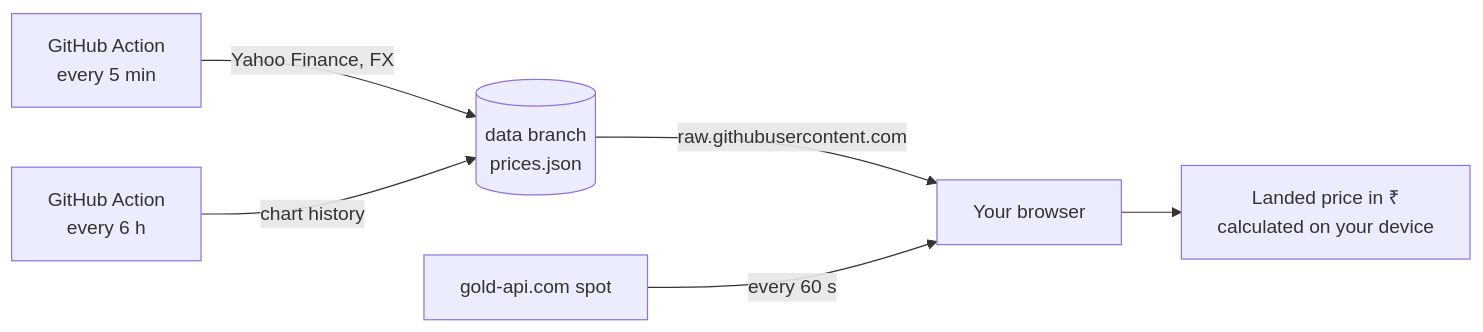
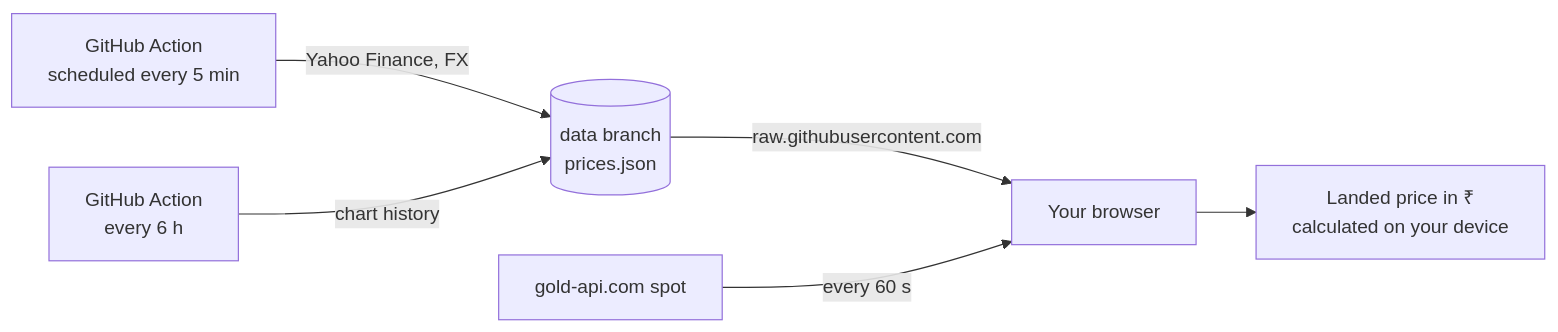
Before and after one commit to MrChartist/commodity-price-tracker: the diagram in README.md, drawn with Mermaid. The commit also changed other lines of this file and 3 other files, not shown here.

First line of the commit message:
Docs: be honest that GitHub schedules can lag far behind 5 minutes

````diff
--- a/README.md
+++ b/README.md
@@ -59,8 +59,8 @@
 ```mermaid
 flowchart LR
-  A[GitHub Action<br/>every 5 min] -->|Yahoo Finance, FX| B[(data branch<br/>prices.json)]
+  A[GitHub Action<br/>scheduled every 5 min] -->|Yahoo Finance, FX| B[(data branch<br/>prices.json)]
   C[GitHub Action<br/>every 6 h] -->|chart history| B
   B -->|raw.githubusercontent.com| D[Your browser]
   E[gold-api.com spot] -->|every 60 s| D
   D --> F[Landed price in ₹<br/>calculated on your device]
 ```
````
